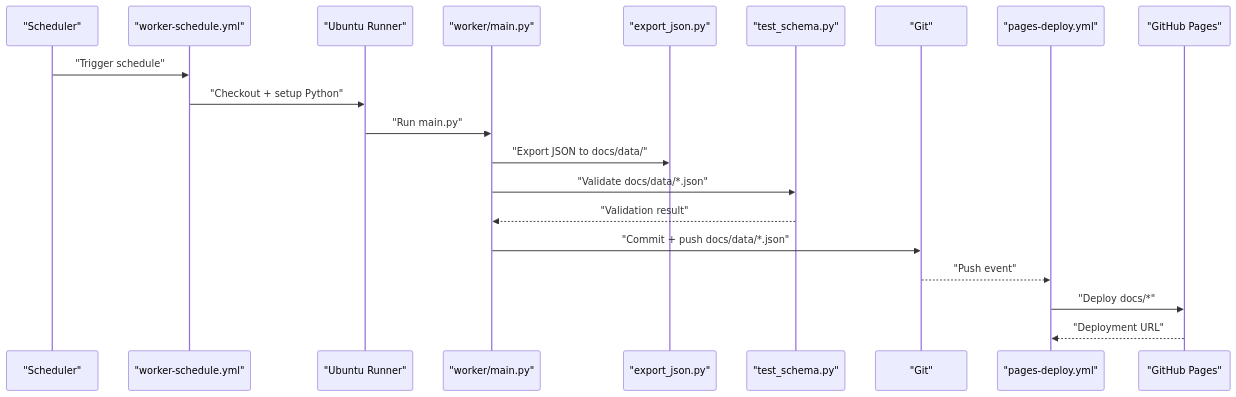
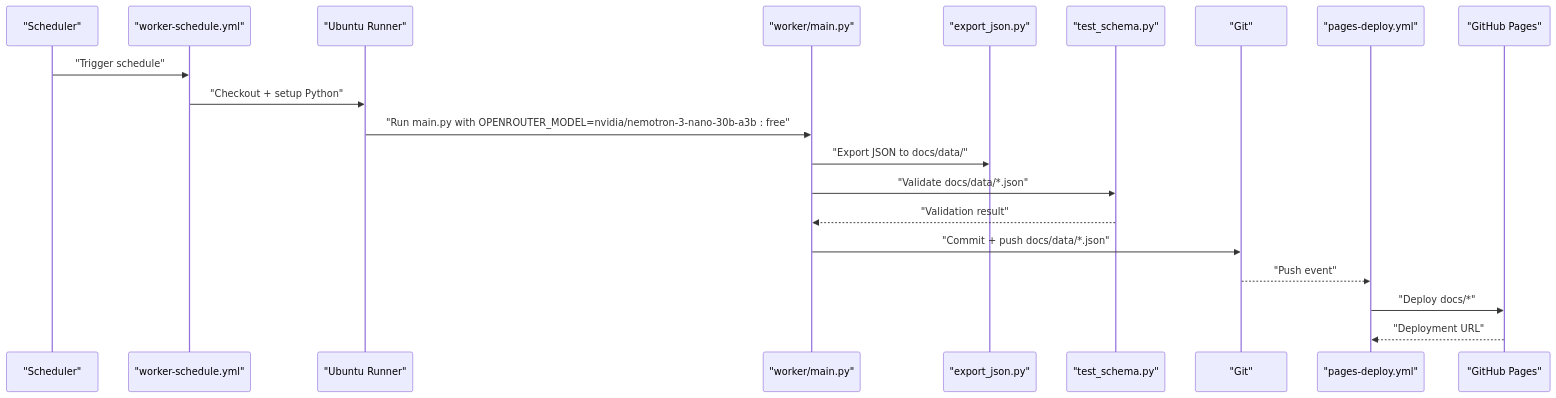
One commit to shakthi-vinayak/news changed the second of 3 diagrams in .qoder/repowiki/en/content/Automation and Deployment/GitHub Actions Workflows.md. Above: the diagram before and after it, drawn with Mermaid. The commit also changed other lines of this file and 55 other files, not shown here.

````diff
--- a/.qoder/repowiki/en/content/Automation and Deployment/GitHub Actions Workflows.md
+++ b/.qoder/repowiki/en/content/Automation and Deployment/GitHub Actions Workflows.md
@@ -107,22 +111,22 @@
 ```mermaid
 sequenceDiagram
 participant Cron as "Scheduler"
 participant WS as "worker-schedule.yml"
 participant Runner as "Ubuntu Runner"
 participant Worker as "worker/main.py"
 participant Export as "export_json.py"
 participant Tests as "test_schema.py"
 participant Git as "Git"
 participant PD as "pages-deploy.yml"
 participant Pages as "GitHub Pages"
 Cron->>WS : "Trigger schedule"
 WS->>Runner : "Checkout + setup Python"
-Runner->>Worker : "Run main.py"
+Runner->>Worker : "Run main.py with OPENROUTER_MODEL=nvidia/nemotron-3-nano-30b-a3b : free"
 Worker->>Export : "Export JSON to docs/data/"
 Worker->>Tests : "Validate docs/data/*.json"
 Tests-->>Worker : "Validation result"
 Worker->>Git : "Commit + push docs/data/*.json"
 Git-->>PD : "Push event"
 PD->>Pages : "Deploy docs/*"
 Pages-->>PD : "Deployment URL"
 ```
````
